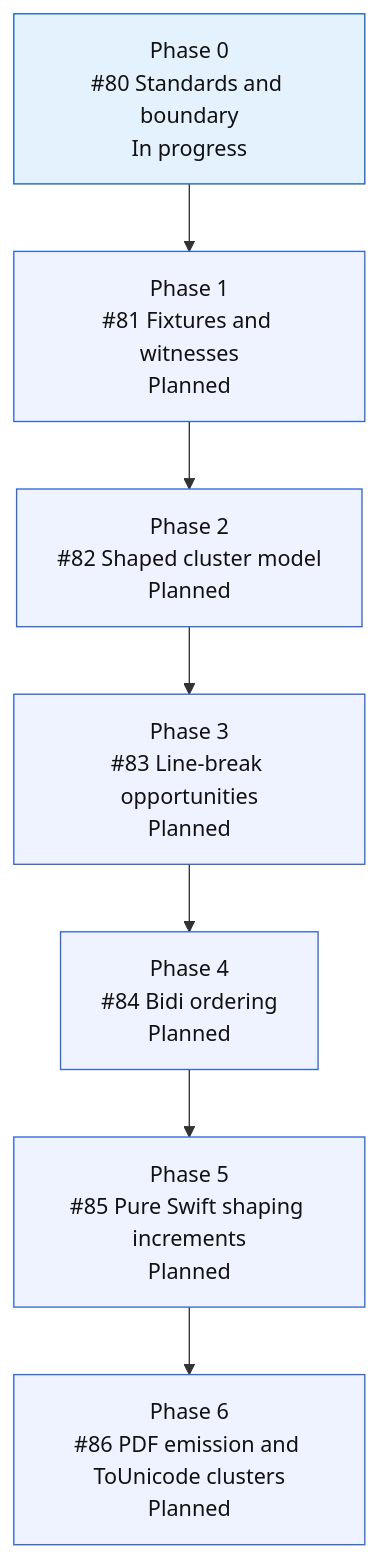
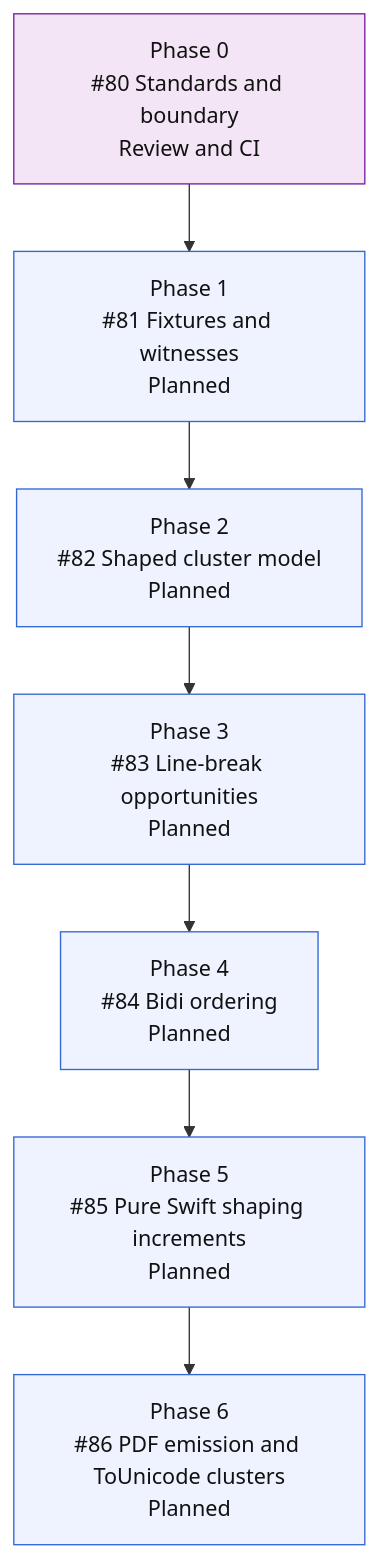
The fourth of 4 diagrams in README.md (mihaelamj/MarkdownPDF), drawn with Mermaid before and after one commit. The commit also changed 1 other file, not shown here.

Commit message:
docs(roadmap): mark complex script boundary in review

````diff
--- a/README.md
+++ b/README.md
@@ -300,20 +300,20 @@
 ```mermaid
 flowchart TD
-    S0["Phase 0<br/>#80 Standards and boundary<br/>In progress"]
+    S0["Phase 0<br/>#80 Standards and boundary<br/>Review and CI"]
     S1["Phase 1<br/>#81 Fixtures and witnesses<br/>Planned"]
     S2["Phase 2<br/>#82 Shaped cluster model<br/>Planned"]
     S3["Phase 3<br/>#83 Line-break opportunities<br/>Planned"]
     S4["Phase 4<br/>#84 Bidi ordering<br/>Planned"]
     S5["Phase 5<br/>#85 Pure Swift shaping increments<br/>Planned"]
     S6["Phase 6<br/>#86 PDF emission and ToUnicode clusters<br/>Planned"]
 
     S0 --> S1 --> S2 --> S3 --> S4 --> S5 --> S6
 
     classDef done fill:#e8f5e9,stroke:#2e7d32,color:#111;
     classDef active fill:#e3f2fd,stroke:#1565c0,color:#111;
     classDef review fill:#f3e5f5,stroke:#7b1fa2,color:#111;
     classDef next fill:#fff8e1,stroke:#f9a825,color:#111;
     classDef todo fill:#eef3ff,stroke:#3367d6,color:#111;
-    class S0 active;
+    class S0 review;
     class S1,S2,S3,S4,S5,S6 todo;
 ```
````
